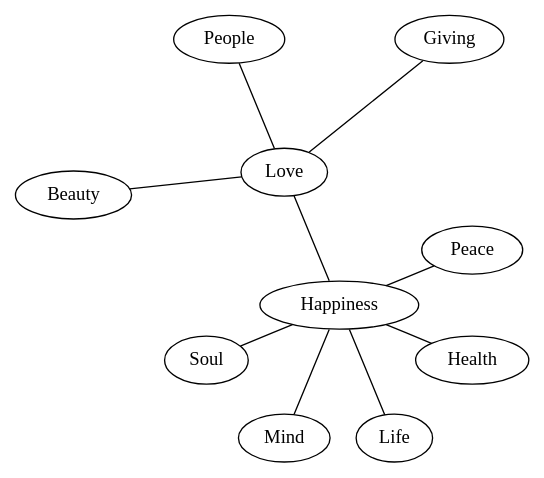
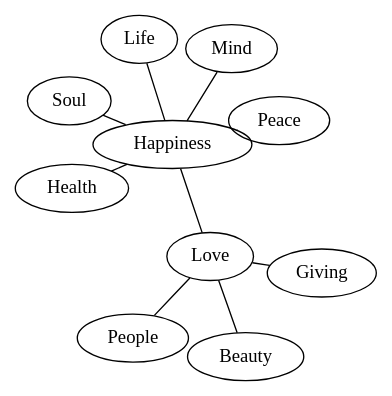
The tenth of 13 diagrams in other/graphviz.md (sisyphus1212/note), drawn with Graphviz before and after one commit.

Commit message:
auto_update

````diff
--- a/other/graphviz.md
+++ b/other/graphviz.md
@@ -128,18 +128,18 @@
 ```graphviz
 graph graph_name{
-    layout=twopi; graph [ranksep=1.5];
+    layout=neato; graph [ranksep=1.5];
 	Happiness -- {
 		Peace
 		Love
 		Soul
 		Mind
 		Life
 		Health
 	}
     Love -- {
 		Giving
 		People
 		Beauty
 	}
 }
 ```
````
